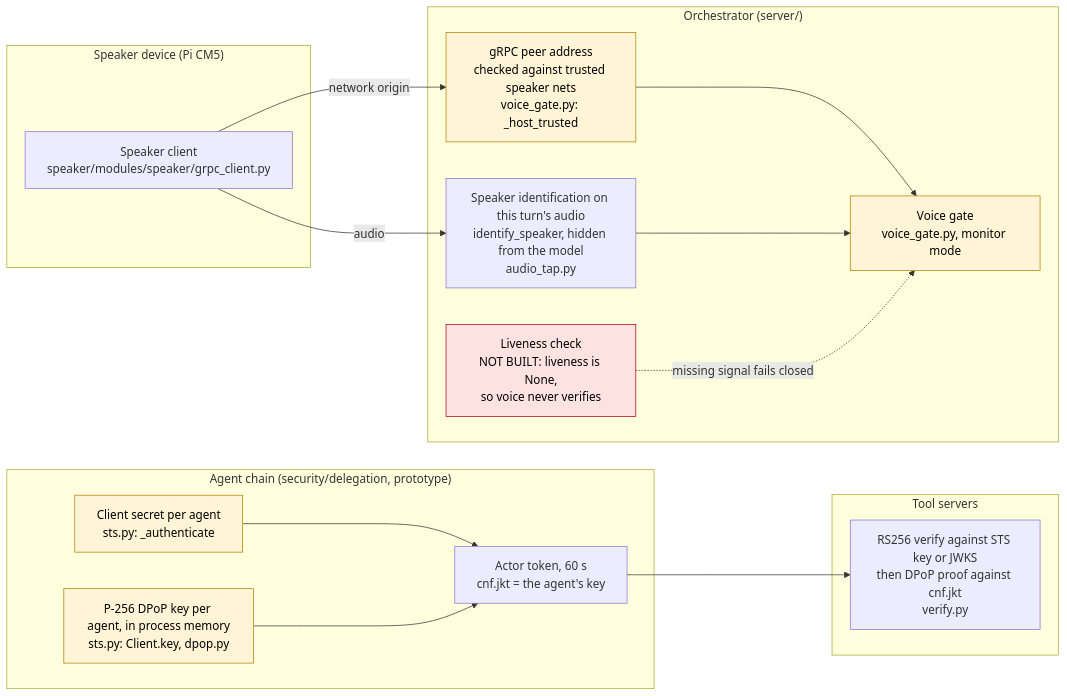
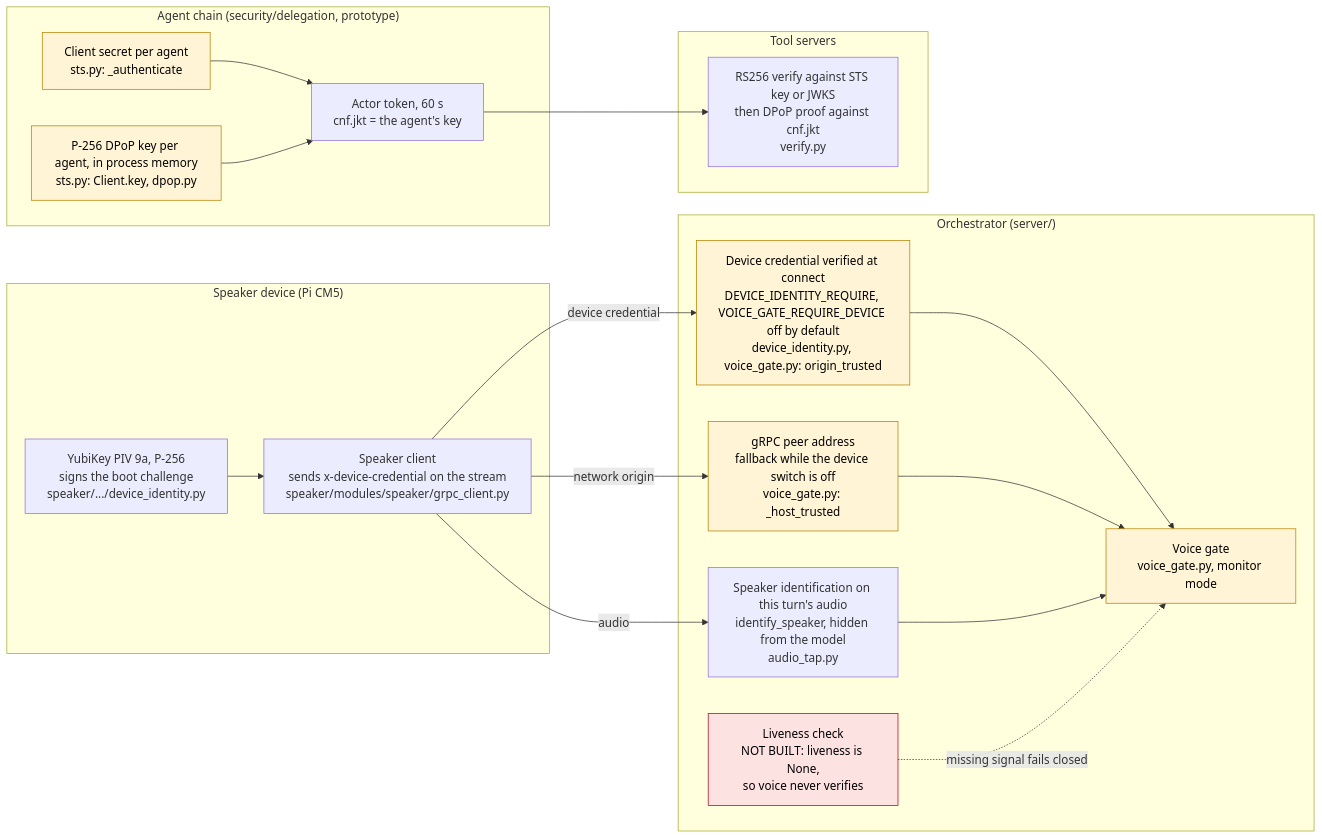
One commit to ianisms/ai-orchestrator changed the first of 5 diagrams in security/DIAGRAMS.md. Above: the diagram before and after it, drawn with Mermaid. The commit also changed other lines of this file and 5 other files, not shown here.

````diff
--- a/security/DIAGRAMS.md
+++ b/security/DIAGRAMS.md
@@ -16,36 +17,41 @@
 ```mermaid
 flowchart LR
     subgraph Device["Speaker device (Pi CM5)"]
-        SPK[Speaker client<br/>speaker/modules/speaker/grpc_client.py]
+        YK["YubiKey PIV 9a, P-256<br/>signs the boot challenge<br/>speaker/.../device_identity.py"]
+        SPK[Speaker client<br/>sends x-device-credential on the stream<br/>speaker/modules/speaker/grpc_client.py]
     end
 
     subgraph Orch["Orchestrator (server/)"]
-        PEER["gRPC peer address<br/>checked against trusted speaker nets<br/>voice_gate.py: _host_trusted"]
+        DEV["Device credential verified at connect<br/>DEVICE_IDENTITY_REQUIRE, VOICE_GATE_REQUIRE_DEVICE off by default<br/>device_identity.py, voice_gate.py: origin_trusted"]
+        PEER["gRPC peer address<br/>fallback while the device switch is off<br/>voice_gate.py: _host_trusted"]
         SID["Speaker identification on this turn's audio<br/>identify_speaker, hidden from the model<br/>audio_tap.py"]
         LIVE["Liveness check<br/>NOT BUILT: liveness is None,<br/>so voice never verifies"]
         GATE["Voice gate<br/>voice_gate.py, monitor mode"]
     end
 
     subgraph Agents["Agent chain (security/delegation, prototype)"]
         CS["Client secret per agent<br/>sts.py: _authenticate"]
         KEY["P-256 DPoP key per agent, in process memory<br/>sts.py: Client.key, dpop.py"]
         ACT["Actor token, 60 s<br/>cnf.jkt = the agent's key"]
     end
 
     subgraph Tools["Tool servers"]
         VER["RS256 verify against STS key or JWKS<br/>then DPoP proof against cnf.jkt<br/>verify.py"]
     end
 
+    YK --> SPK
+    SPK -->|"device credential"| DEV
     SPK -->|"network origin"| PEER
     SPK -->|"audio"| SID
+    DEV --> GATE
     PEER --> GATE
     SID --> GATE
     LIVE -.->|"missing signal fails closed"| GATE
     CS --> ACT
     KEY --> ACT --> VER
 
     classDef gap fill:#fde2e2,stroke:#b00020,color:#000;
     classDef partial fill:#fff4d6,stroke:#b58100,color:#000;
     class LIVE gap;
-    class PEER,CS,KEY,GATE partial;
+    class DEV,PEER,CS,KEY,GATE partial;
 ```
````
